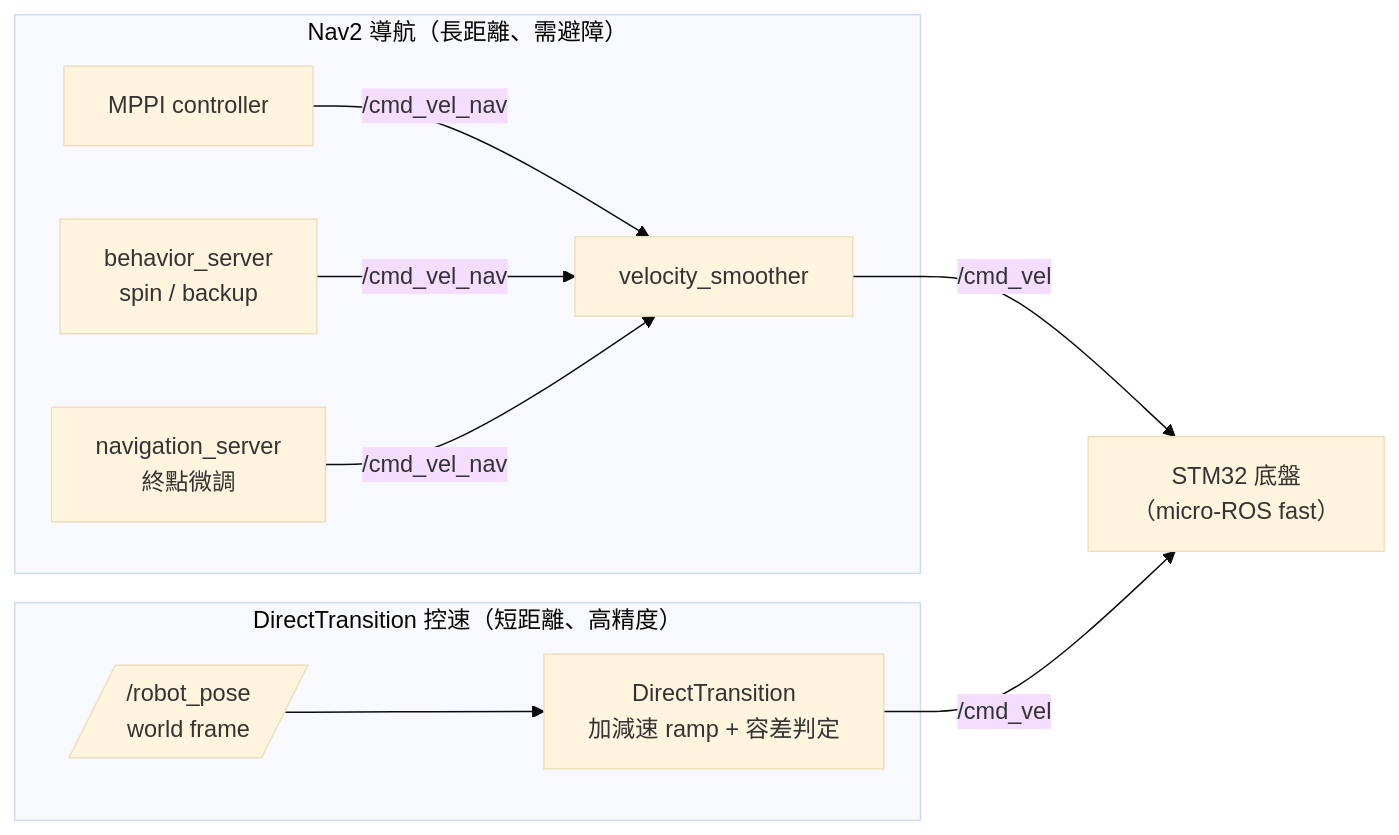
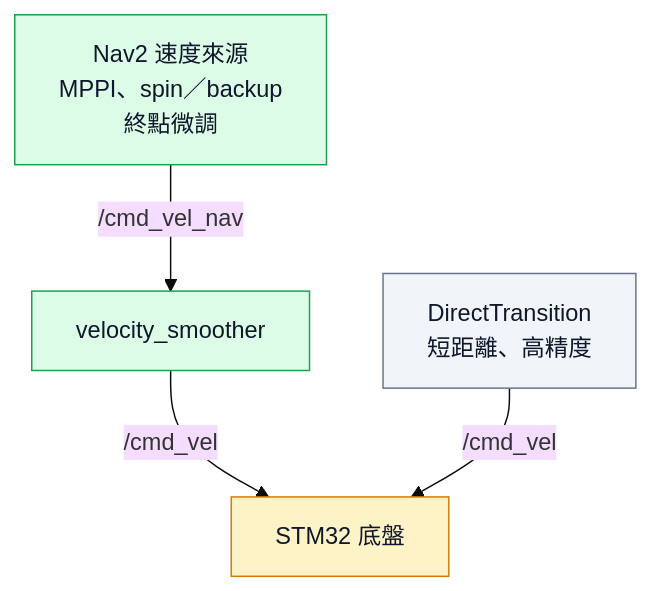
One commit to terryking0711/tdk_slam_ws changed the third of 6 diagrams in README.md. Above: the diagram before and after it, drawn with Mermaid (base theme). The commit also changed other lines of this file, not shown here.

````diff
--- a/README.md
+++ b/README.md
@@ -164,16 +118,18 @@
 ```mermaid
-flowchart LR
-    subgraph Nav2Path ["Nav2 導航（長距離、需避障）"]
-        CT["MPPI controller"] -->|/cmd_vel_nav| VS
-        BH["behavior_server<br>spin / backup"] -->|/cmd_vel_nav| VS
-        NS["navigation_server<br>終點微調"] -->|/cmd_vel_nav| VS
-        VS["velocity_smoother"]
-    end
+flowchart TB
+    SRC["Nav2 速度來源<br/>MPPI、spin／backup<br/>終點微調"]
+    VS["velocity_smoother"]
+    DT["DirectTransition<br/>短距離、高精度"]
+    STM["STM32 底盤"]
 
-    subgraph DirectPath ["DirectTransition 控速（短距離、高精度）"]
-        RP[/"/robot_pose<br>world frame"/] --> DT["DirectTransition<br>加減速 ramp + 容差判定"]
-    end
+    SRC -->|/cmd_vel_nav| VS
+    VS -->|/cmd_vel| STM
+    DT -->|/cmd_vel| STM
 
-    VS -->|/cmd_vel| STM["STM32 底盤<br>（micro-ROS fast）"]
-    DT -->|/cmd_vel| STM
+    classDef ours fill:#dcfce7,stroke:#16a34a,color:#0f172a
+    classDef ext fill:#f1f5f9,stroke:#64748b,color:#0f172a
+    classDef hw fill:#fef3c7,stroke:#d97706,color:#0f172a
+    class SRC,VS ours
+    class DT ext
+    class STM hw
 ```
````
